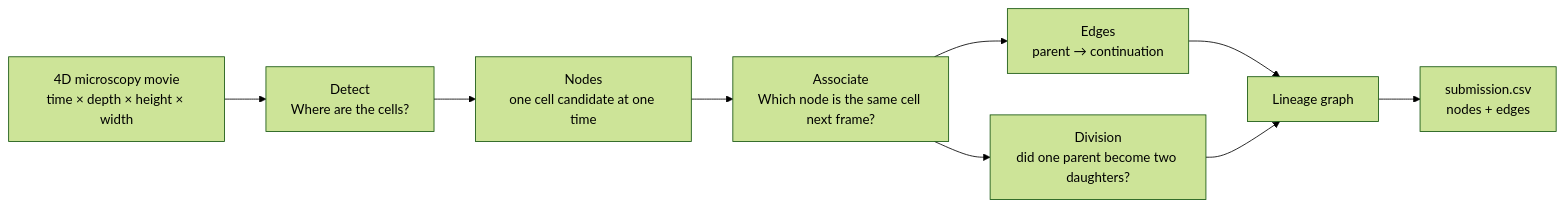
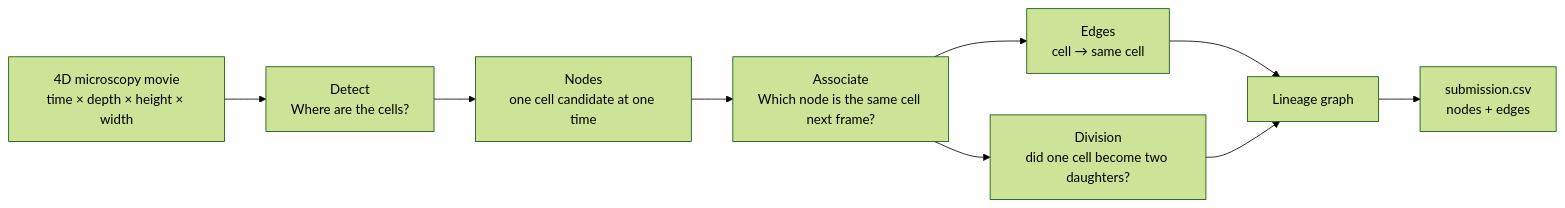
One commit to Caffeinated-Code/biohub-cell-tracking-learning changed the diagram in README.md. Above: the diagram before and after it, drawn with Mermaid (forest theme). The commit also changed other lines of this file and 4 other files, not shown here.

````diff
--- a/README.md
+++ b/README.md
@@ -9,11 +9,11 @@
 ```mermaid
 flowchart LR
     A["4D microscopy movie<br/>time × depth × height × width"] --> B["Detect<br/>Where are the cells?"]
     B --> C["Nodes<br/>one cell candidate at one time"]
     C --> D["Associate<br/>Which node is the same cell next frame?"]
-    D --> E["Edges<br/>parent → continuation"]
-    D --> F["Division<br/>did one parent become two daughters?"]
+    D --> E["Edges<br/>cell → same cell"]
+    D --> F["Division<br/>did one cell become two daughters?"]
     E --> G["Lineage graph"]
     F --> G
     G --> H["submission.csv<br/>nodes + edges"]
 ```
````
